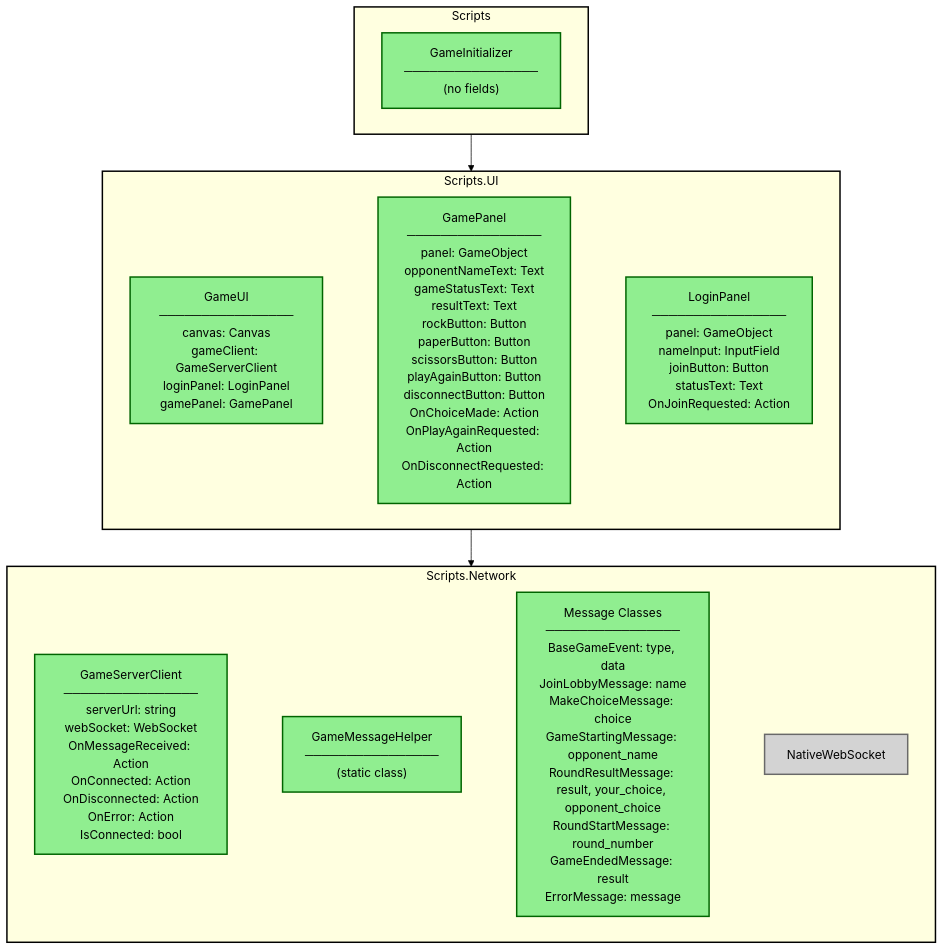
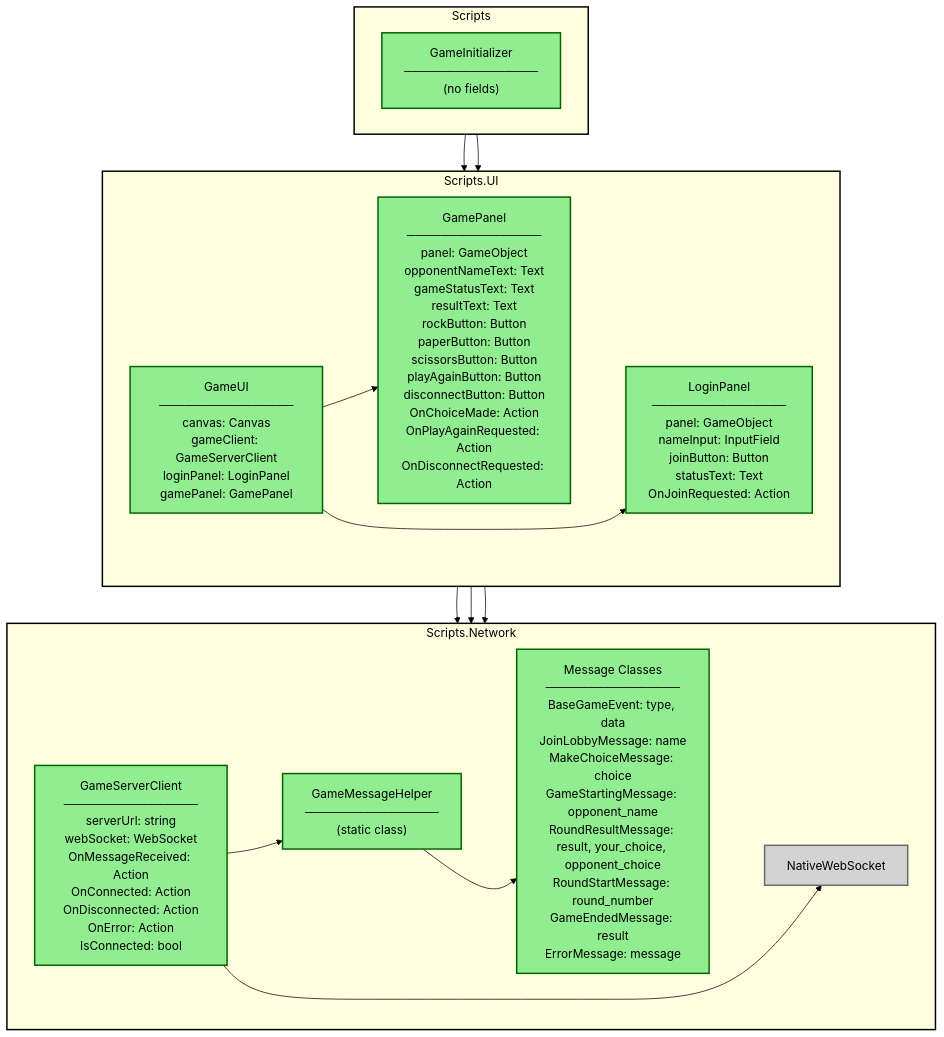
One commit to 4hel/paper changed the first of 5 diagrams in README.md. Above: the diagram before and after it, drawn with Mermaid (forest theme).

Commit message:
directed edges

````diff
--- a/README.md
+++ b/README.md
@@ -59,47 +59,57 @@
 ```mermaid
 graph TB
     subgraph scripts_pkg ["Scripts"]
         direction LR
         GameInitializer["GameInitializer<br/>────────────────<br/>(no fields)"]
         
         class GameInitializer green
     end
 
     subgraph scripts_network_pkg ["Scripts.Network"]
         direction LR
         GameServerClient["GameServerClient<br/>────────────────<br/>serverUrl: string<br/>webSocket: WebSocket<br/>OnMessageReceived: Action<br/>OnConnected: Action<br/>OnDisconnected: Action<br/>OnError: Action<br/>IsConnected: bool"]
         GameMessageHelper["GameMessageHelper<br/>────────────────<br/>(static class)"]
         MessageClasses["Message Classes<br/>────────────────<br/>BaseGameEvent: type, data<br/>JoinLobbyMessage: name<br/>MakeChoiceMessage: choice<br/>GameStartingMessage: opponent_name<br/>RoundResultMessage: result, your_choice, opponent_choice<br/>RoundStartMessage: round_number<br/>GameEndedMessage: result<br/>ErrorMessage: message"]
         NativeWebSocket1["NativeWebSocket"]
         
         GameServerClient ~~~ GameMessageHelper ~~~ MessageClasses ~~~ NativeWebSocket1
         
         class GameServerClient,GameMessageHelper,MessageClasses green
         class NativeWebSocket1 grey
     end
 
     subgraph scripts_ui_pkg ["Scripts.UI"]
         direction LR
         GameUI["GameUI<br/>────────────────<br/>canvas: Canvas<br/>gameClient: GameServerClient<br/>loginPanel: LoginPanel<br/>gamePanel: GamePanel"]
         GamePanel["GamePanel<br/>────────────────<br/>panel: GameObject<br/>opponentNameText: Text<br/>gameStatusText: Text<br/>resultText: Text<br/>rockButton: Button<br/>paperButton: Button<br/>scissorsButton: Button<br/>playAgainButton: Button<br/>disconnectButton: Button<br/>OnChoiceMade: Action<br/>OnPlayAgainRequested: Action<br/>OnDisconnectRequested: Action"]
         LoginPanel["LoginPanel<br/>────────────────<br/>panel: GameObject<br/>nameInput: InputField<br/>joinButton: Button<br/>statusText: Text<br/>OnJoinRequested: Action"]
         
         GameUI ~~~ GamePanel ~~~ LoginPanel
         
         class GameUI,GamePanel,LoginPanel green
     end
     
     %% Package imports as directed edges
     scripts_pkg --> scripts_ui_pkg
     scripts_ui_pkg --> scripts_network_pkg
     
+    %% Class dependencies as directed edges
+    GameInitializer --> GameUI
+    GameServerClient --> GameMessageHelper
+    GameServerClient --> NativeWebSocket1
+    GameMessageHelper --> MessageClasses
+    GameUI --> GameServerClient
+    GameUI --> GamePanel
+    GameUI --> LoginPanel
+    GameUI --> GameMessageHelper
+    
     %% Style definitions
     classDef green fill:#90EE90,stroke:#006400,stroke-width:2px,color:#000000
     classDef blue fill:#ADD8E6,stroke:#000080,stroke-width:2px,color:#000000
     classDef grey fill:#D3D3D3,stroke:#696969,stroke-width:2px,color:#000000
     
     %% Subgraph styles
     style scripts_pkg fill:#FFFFE0,stroke:#000000,stroke-width:2px,color:#000000
     style scripts_network_pkg fill:#FFFFE0,stroke:#000000,stroke-width:2px,color:#000000
     style scripts_ui_pkg fill:#FFFFE0,stroke:#000000,stroke-width:2px,color:#000000
 ```
````
